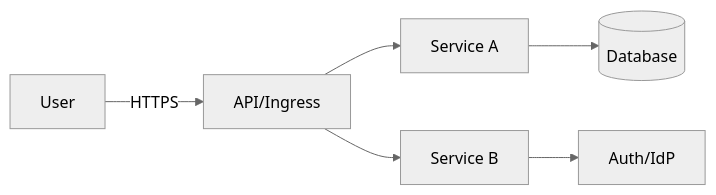
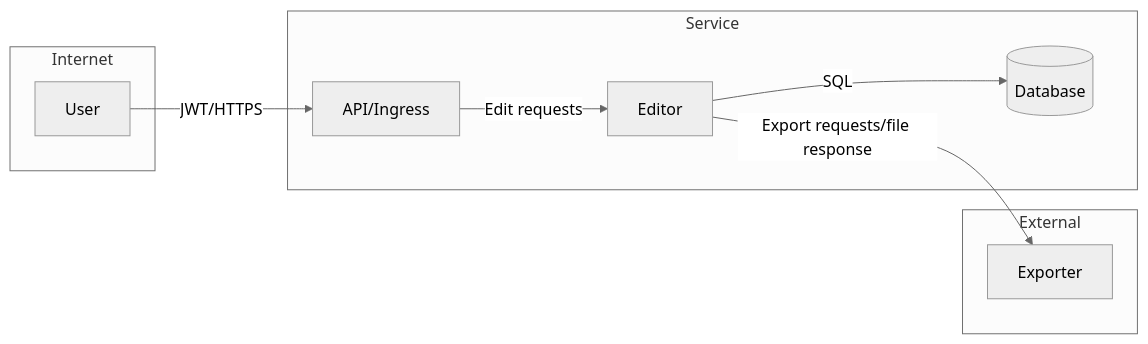
Before and after one commit to ekirisame/hse-secdev-2025-kuzmin: the diagram in GRADING/TM.md, drawn with Mermaid (neutral theme). The commit also changed other lines of this file, not shown here.

````diff
--- a/GRADING/TM.md
+++ b/GRADING/TM.md
@@ -23,9 +23,19 @@
 ```mermaid
 %% TODO: замените каркас на свой (минимум 5 узлов/потоков)
 flowchart LR
-  U[User] -->|HTTPS| GW[API/Ingress]
-  GW --> S1[Service A]
-  GW --> S2[Service B]
-  S1 --> DB[(Database)]
-  S2 --> AUTH[Auth/IdP]
+subgraph Internet
+  U[User]
+end
+subgraph Service
+  GW[API/Ingress; Auth]
+  Editor
+DB[(Database)]
+end
+subgraph External
+  Exporter
+end
+  U[User] -->|JWT/HTTPS| GW[API/Ingress]
+  GW --> |Edit requests| Editor
+  Editor --> |SQL| DB[(Database)]
+  Editor --> |Export requests/file response| Exporter
 ```
````
